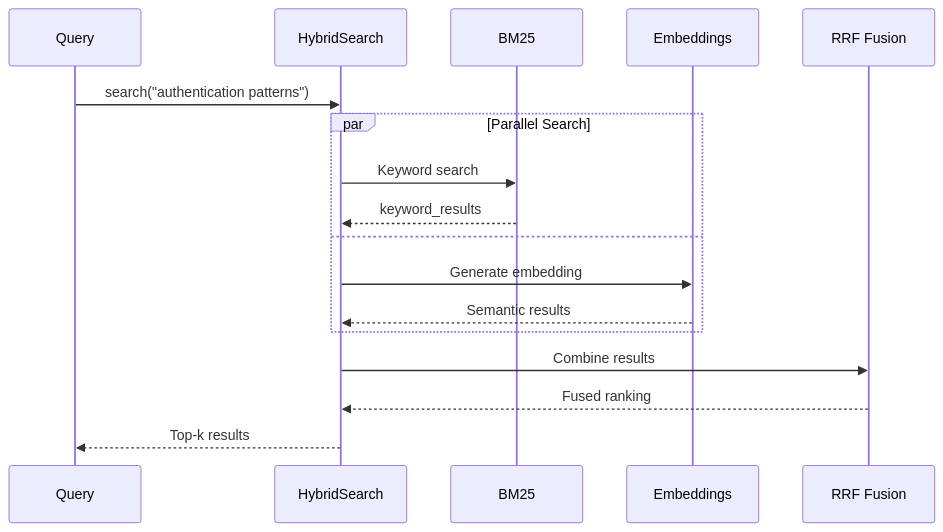
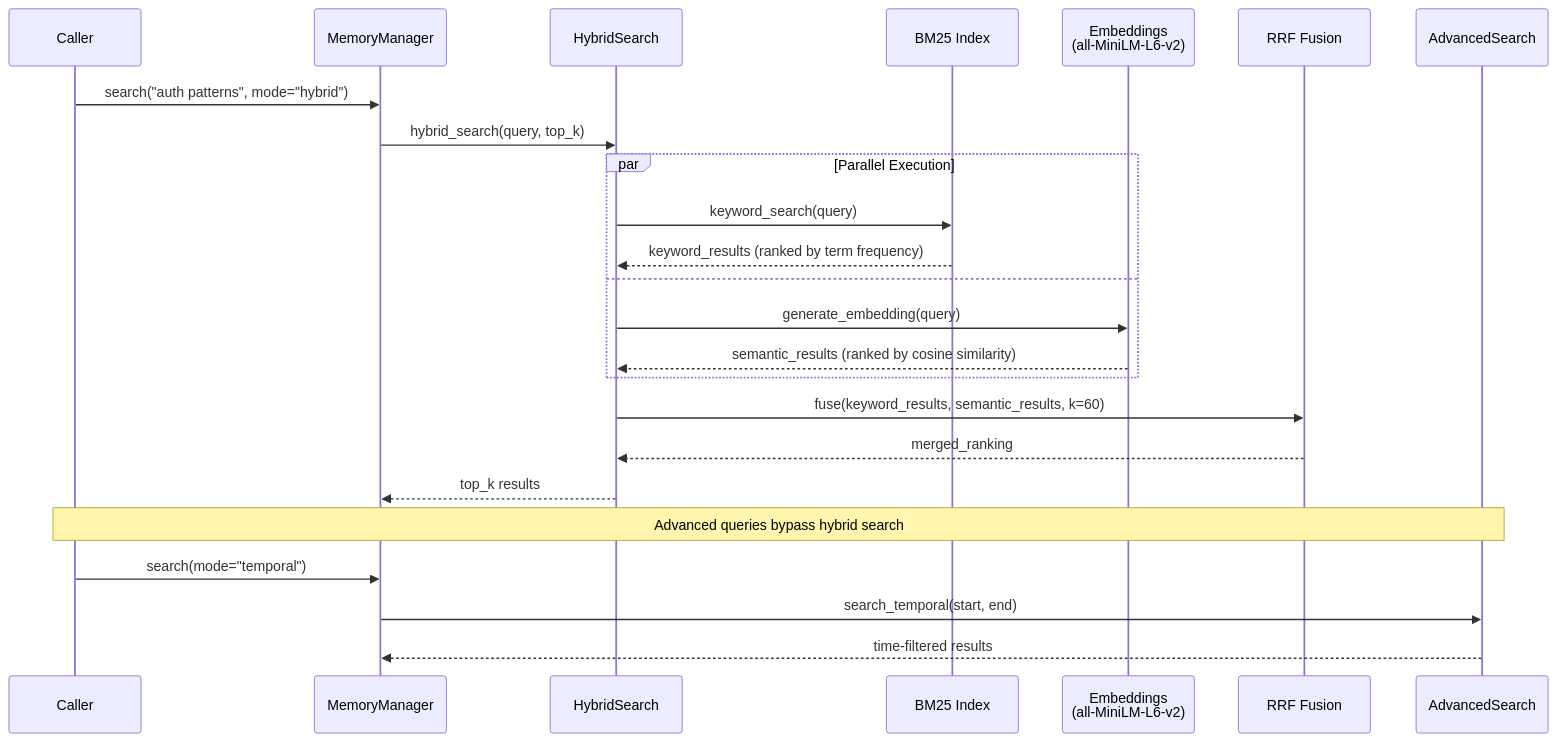
Before and after one commit to KhaiTrang1995/AI-Agents-Orchestrator: diagram 21 of 27 in ARCHITECTURE.md, drawn with Mermaid. The commit also changed other lines of this file, not shown here.

First line of the commit message:
docs: expand Graph Context System and Agentic Infrastructure in ARCHITECTURE.md

````diff
--- a/ARCHITECTURE.md
+++ b/ARCHITECTURE.md
@@ -961,22 +1020,30 @@
 ```mermaid
 sequenceDiagram
-    participant Q as Query
-    participant H as HybridSearch
-    participant B as BM25
-    participant E as Embeddings
-    participant R as RRF Fusion
+    participant C as Caller
+    participant MM as MemoryManager
+    participant HS as HybridSearch
+    participant BM as BM25 Index
+    participant EM as Embeddings<br/>(all-MiniLM-L6-v2)
+    participant RRF as RRF Fusion
+    participant AS as AdvancedSearch
 
-    Q->>H: search("authentication patterns")
+    C->>MM: search("auth patterns", mode="hybrid")
+    MM->>HS: hybrid_search(query, top_k)
 
-    par Parallel Search
-        H->>B: Keyword search
-        B-->>H: keyword_results
+    par Parallel Execution
+        HS->>BM: keyword_search(query)
+        BM-->>HS: keyword_results (ranked by term frequency)
     and
-        H->>E: Generate embedding
-        E-->>H: Semantic results
+        HS->>EM: generate_embedding(query)
+        EM-->>HS: semantic_results (ranked by cosine similarity)
     end
 
-    H->>R: Combine results
-    R-->>H: Fused ranking
-    H-->>Q: Top-k results
+    HS->>RRF: fuse(keyword_results, semantic_results, k=60)
+    RRF-->>HS: merged_ranking
+    HS-->>MM: top_k results
+
+    Note over C,AS: Advanced queries bypass hybrid search
+    C->>MM: search(mode="temporal")
+    MM->>AS: search_temporal(start, end)
+    AS-->>MM: time-filtered results
 ```
````
